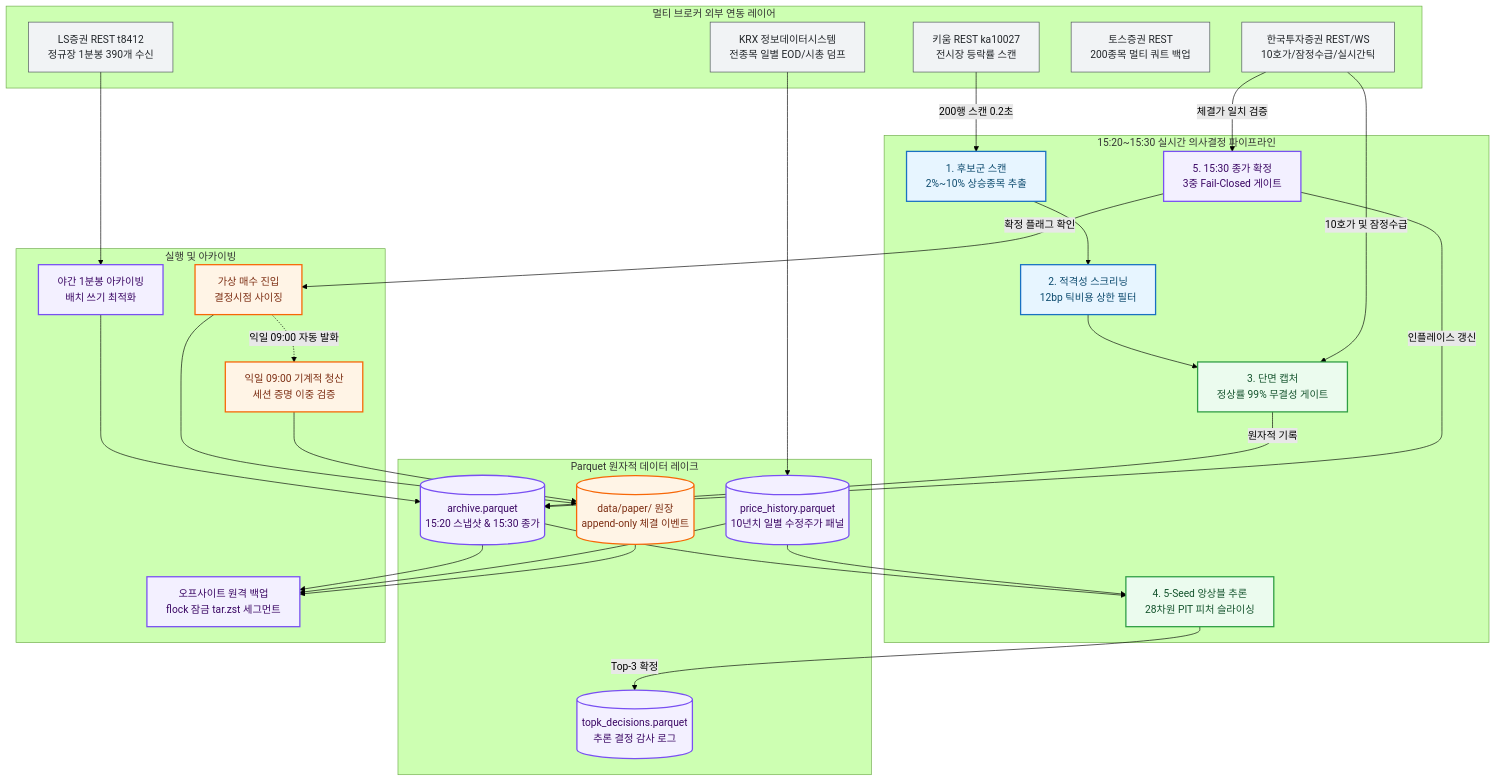
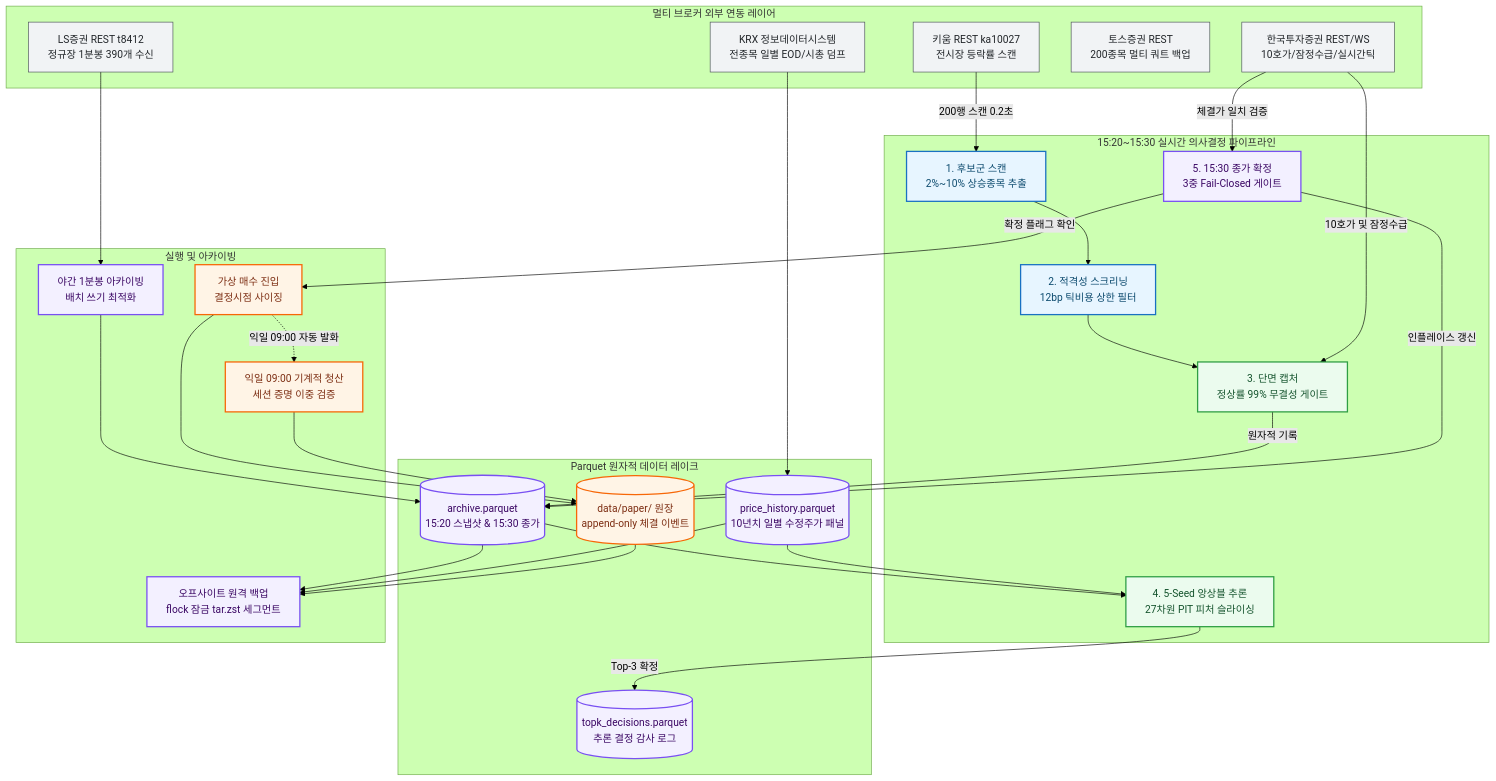
One commit to KTHYEONG/k-closing-alpha changed the diagram in docs/architecture/system-design.md. Above: the diagram before and after it, drawn with Mermaid (forest theme). The commit also changed other lines of this file and 146 other files, not shown here.

````diff
--- a/docs/architecture/system-design.md
+++ b/docs/architecture/system-design.md
@@ -23,50 +23,50 @@
 ```mermaid
 flowchart TD
     classDef vendor fill:#f1f3f5,stroke:#495057,stroke-width:1px,color:#212529;
     classDef stage1 fill:#e7f5ff,stroke:#1971c2,stroke-width:2px,color:#0c4a6e;
     classDef stage2 fill:#ebfbee,stroke:#2f9e44,stroke-width:2px,color:#14532d;
     classDef stage3 fill:#f3f0ff,stroke:#7950f2,stroke-width:2px,color:#3b0764;
     classDef stage4 fill:#fff4e6,stroke:#f76707,stroke-width:2px,color:#7c2d12;
 
     subgraph Vendors [멀티 브로커 외부 연동 레이어]
         V_KW[키움 REST ka10027<br/>전시장 등락률 스캔]:::vendor
         V_KIS[한국투자증권 REST/WS<br/>10호가/잠정수급/실시간틱]:::vendor
         V_LS[LS증권 REST t8412<br/>정규장 1분봉 390개 수신]:::vendor
         V_TOSS[토스증권 REST<br/>200종목 멀티 쿼트 백업]:::vendor
         V_KRX[KRX 정보데이터시스템<br/>전종목 일별 EOD/시총 덤프]:::vendor
     end
 
     subgraph Decision [15:20~15:30 실시간 의사결정 파이프라인]
         SCAN[1. 후보군 스캔<br/>2%~10% 상승종목 추출]:::stage1
         SCREEN[2. 적격성 스크리닝<br/>12bp 틱비용 상한 필터]:::stage1
         COLLECT[3. 단면 캡처<br/>정상률 99% 무결성 게이트]:::stage2
-        RANK[4. 5-Seed 앙상블 추론<br/>28차원 PIT 피처 슬라이싱]:::stage2
+        RANK[4. 5-Seed 앙상블 추론<br/>27차원 PIT 피처 슬라이싱]:::stage2
         GATE[5. 15:30 종가 확정<br/>3중 Fail-Closed 게이트]:::stage3
     end
 
     subgraph Storage [Parquet 원자적 데이터 레이크]
         S_ARCH[(archive.parquet<br/>15:20 스냅샷 & 15:30 종가)]:::stage3
         S_PRICE[(price_history.parquet<br/>10년치 일별 수정주가 패널)]:::stage3
         S_DEC[(topk_decisions.parquet<br/>추론 결정 감사 로그)]:::stage3
         S_PAPER[(data/paper/ 원장<br/>append-only 체결 이벤트)]:::stage4
     end
 
     subgraph Rehearsal [실행 및 아카이빙]
         PAPER_IN[가상 매수 진입<br/>결정시점 사이징]:::stage4
         PAPER_OUT[익일 09:00 기계적 청산<br/>세션 증명 이중 검증]:::stage4
         ARCHIVE_NIGHT[야간 1분봉 아카이빙<br/>배치 쓰기 최적화]:::stage3
         OFFSITE_BCK[오프사이트 원격 백업<br/>flock 잠금 tar.zst 세그먼트]:::stage3
     end
 
     V_KW -->|200행 스캔 0.2초| SCAN --> SCREEN
     SCREEN --> COLLECT
     V_KIS -->|10호가 및 잠정수급| COLLECT
     COLLECT -->|원자적 기록| S_ARCH
     S_ARCH & S_PRICE --> RANK -->|Top-3 확정| S_DEC
     V_KIS -->|체결가 일치 검증| GATE -->|인플레이스 갱신| S_ARCH
     GATE -->|확정 플래그 확인| PAPER_IN --> S_PAPER
     PAPER_IN -.->|익일 09:00 자동 발화| PAPER_OUT --> S_PAPER
     V_LS --> ARCHIVE_NIGHT --> S_ARCH
     V_KRX --> S_PRICE
     S_ARCH & S_PRICE & S_PAPER --> OFFSITE_BCK
 ```
````
